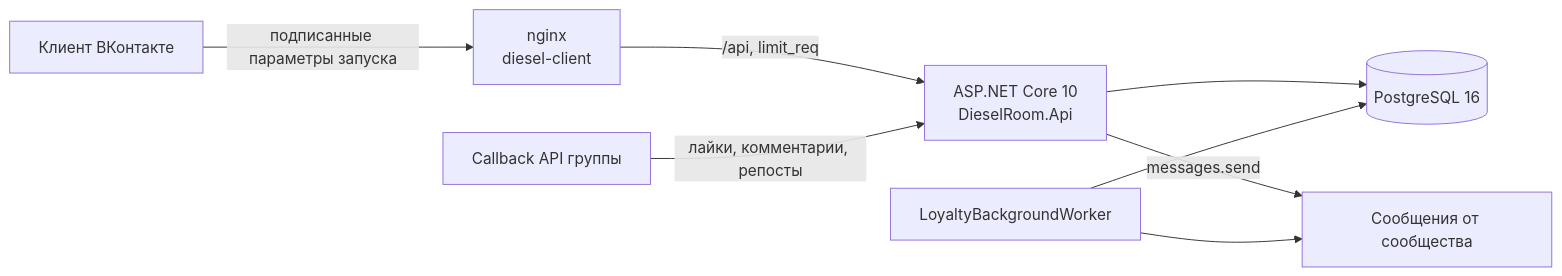
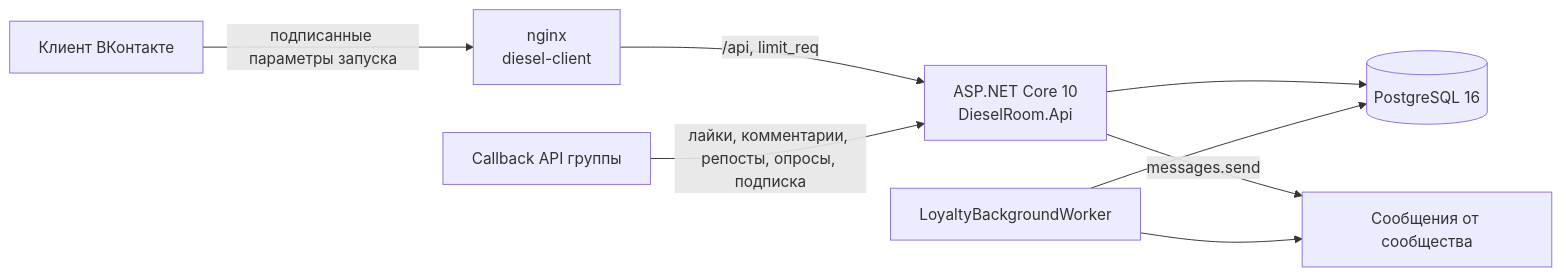
One commit to RomanBukatov/VK-DieselRoom-MiniApp changed the diagram in README.md. Above: the diagram before and after it, drawn with Mermaid. The commit also changed other lines of this file and 86 other files, not shown here.

````diff
--- a/README.md
+++ b/README.md
@@ -94,10 +121,10 @@
 ```mermaid
 flowchart LR
     VK[Клиент ВКонтакте] -->|подписанные параметры запуска| N[nginx<br/>diesel-client]
     N -->|/api, limit_req| API[ASP.NET Core 10<br/>DieselRoom.Api]
-    VKCB[Callback API группы] -->|лайки, комментарии, репосты| API
+    VKCB[Callback API группы] -->|лайки, комментарии, репосты, опросы, подписка| API
     API --> DB[(PostgreSQL 16)]
     W[LoyaltyBackgroundWorker] --> DB
     API -->|messages.send| VKMSG[Сообщения от сообщества]
     W --> VKMSG
 ```
````
